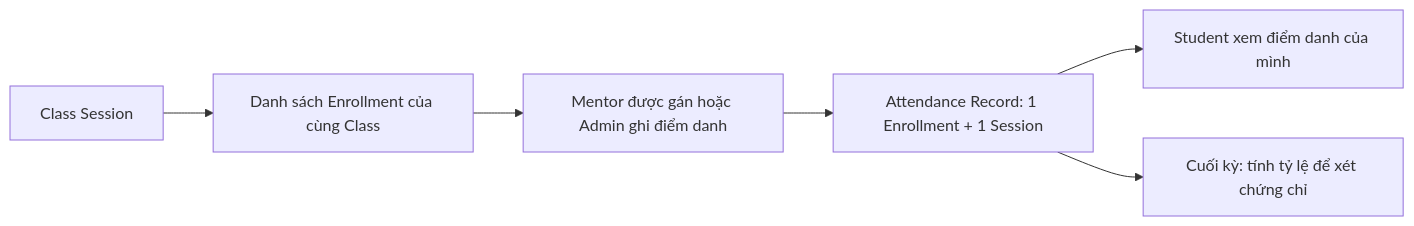
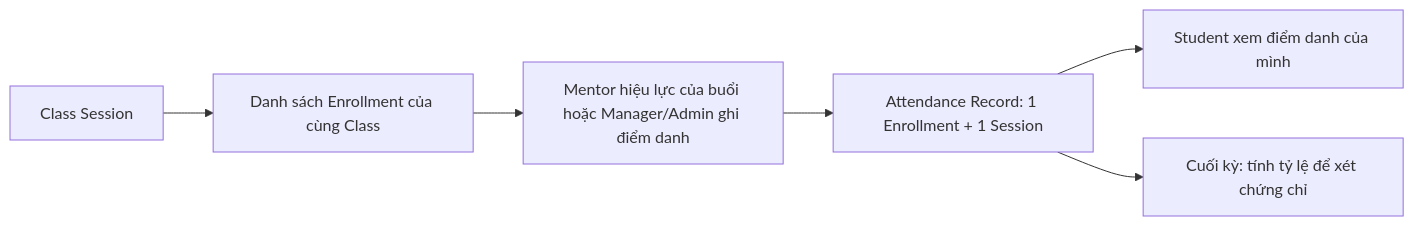
One commit to nhathuyck1/Mindy-BE changed the third of 3 diagrams in document/COURSE_FLOW.md. Above: the diagram before and after it, drawn with Mermaid. The commit also changed other lines of this file and 20 other files, not shown here.

````diff
--- a/document/COURSE_FLOW.md
+++ b/document/COURSE_FLOW.md
@@ -133,8 +133,8 @@
 ```mermaid
 flowchart LR
     S[Class Session] --> R[Danh sách Enrollment của cùng Class]
-    R --> M[Mentor được gán hoặc Admin ghi điểm danh]
+    R --> M[Mentor hiệu lực của buổi hoặc Manager/Admin ghi điểm danh]
     M --> A[Attendance Record: 1 Enrollment + 1 Session]
     A --> V[Student xem điểm danh của mình]
     A --> C[Cuối kỳ: tính tỷ lệ để xét chứng chỉ]
 ```
````
